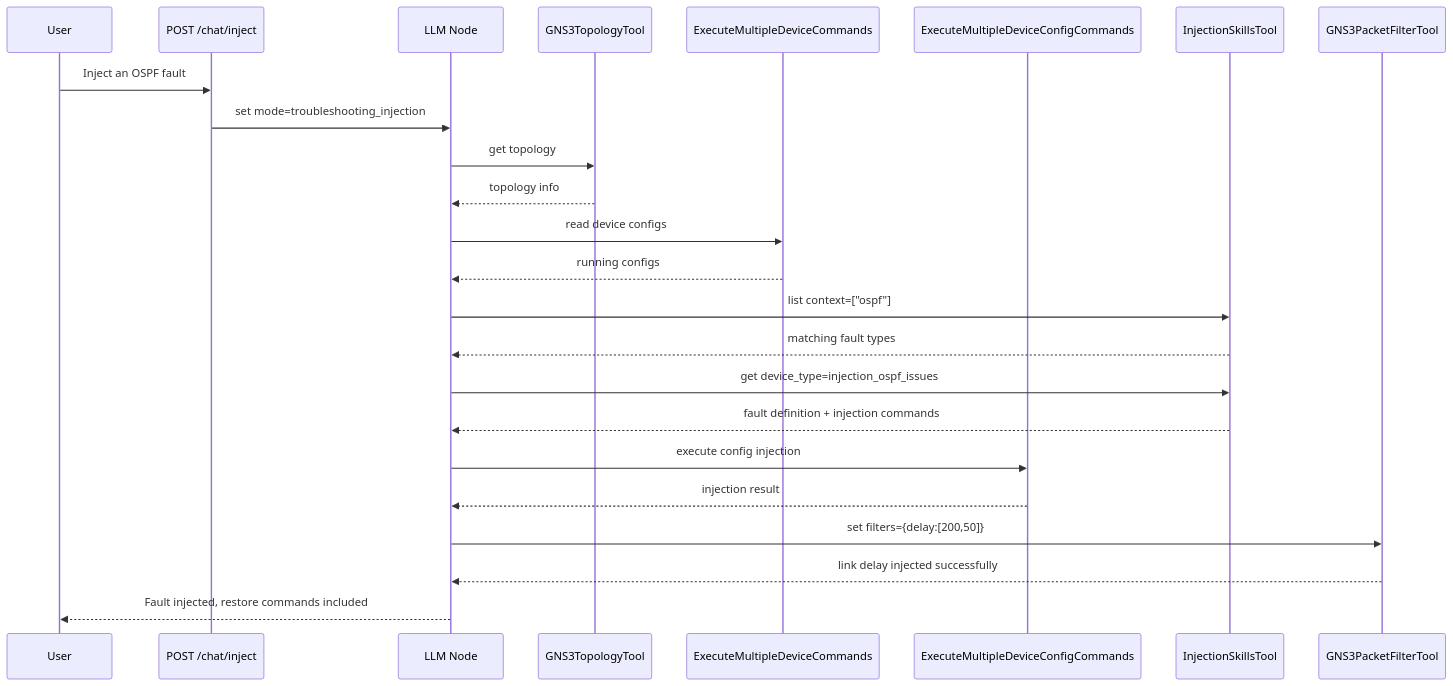
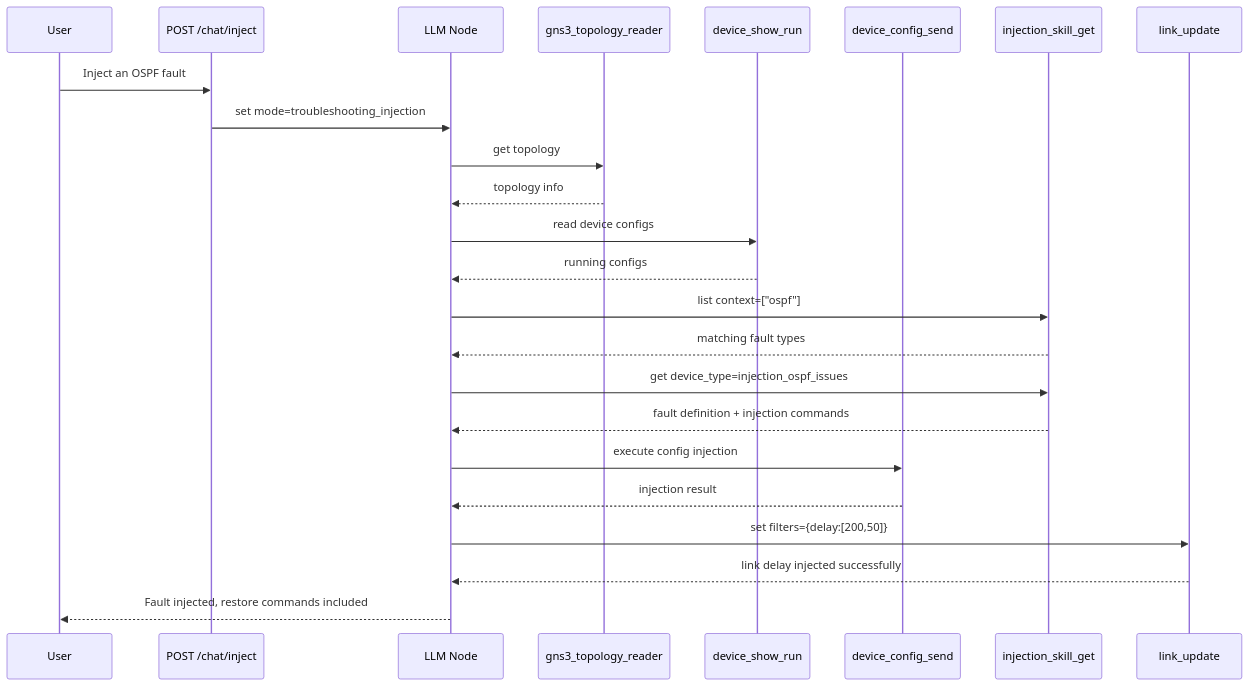
The second of 2 diagrams in docs/gns3-copilot/implemented/fault-injection-overview.en.md (GNS3/gns3-server), drawn with Mermaid before and after one commit. The commit also changed other lines of this file and 33 other files, not shown here.

````diff
--- a/docs/gns3-copilot/implemented/fault-injection-overview.en.md
+++ b/docs/gns3-copilot/implemented/fault-injection-overview.en.md
@@ -69,27 +69,27 @@
 ```mermaid
 sequenceDiagram
     participant U as User
     participant API as POST /chat/inject
     participant LLM as LLM Node
-    participant Topo as GNS3TopologyTool
-    participant DC as ExecuteMultipleDeviceCommands
-    participant CC as ExecuteMultipleDeviceConfigCommands
-    participant Skill as InjectionSkillsTool
-    participant Filter as GNS3PacketFilterTool
+    participant Topo as gns3_topology_reader
+    participant DC as device_show_run
+    participant CC as device_config_send
+    participant Skill as injection_skill_get
+    participant Filter as link_update
 
     U->>API: Inject an OSPF fault
     API->>LLM: set mode=troubleshooting_injection
     LLM->>Topo: get topology
     Topo-->>LLM: topology info
     LLM->>DC: read device configs
     DC-->>LLM: running configs
     LLM->>Skill: list context=["ospf"]
     Skill-->>LLM: matching fault types
     LLM->>Skill: get device_type=injection_ospf_issues
     Skill-->>LLM: fault definition + injection commands
     LLM->>CC: execute config injection
     CC-->>LLM: injection result
     LLM->>Filter: set filters={delay:[200,50]}
     Filter-->>LLM: link delay injected successfully
     LLM-->>U: Fault injected, restore commands included
 ```
````
